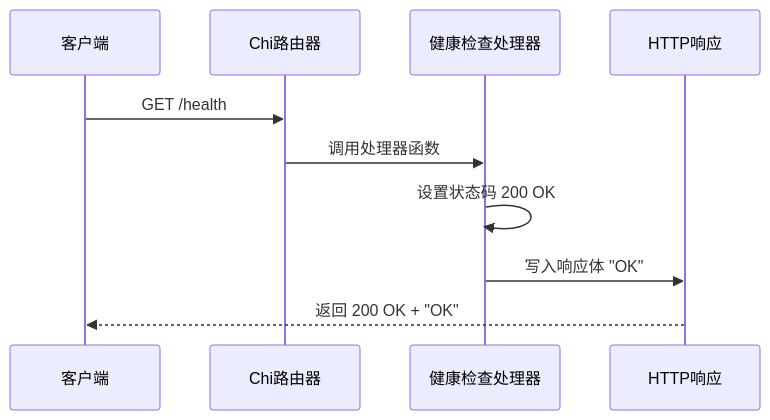
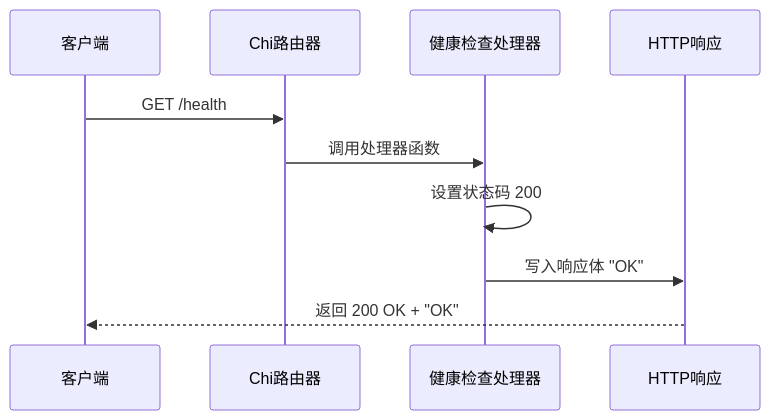
The second of 7 diagrams in .qoder/repowiki/zh/content/API参考/健康检查端点.md (flying1574/S3Proxy4GCS), drawn with Mermaid before and after one commit. The commit also changed other lines of this file and 5 other files, not shown here.

````diff
--- a/.qoder/repowiki/zh/content/API参考/健康检查端点.md
+++ b/.qoder/repowiki/zh/content/API参考/健康检查端点.md
@@ -71,12 +84,12 @@
 ```mermaid
 sequenceDiagram
 participant Client as 客户端
 participant Router as Chi路由器
-participant Handler as 健康检查处理器
+participant HealthHandler as 健康检查处理器
 participant Response as HTTP响应
 Client->>Router : GET /health
-Router->>Handler : 调用处理器函数
-Handler->>Handler : 设置状态码 200 OK
-Handler->>Response : 写入响应体 "OK"
+Router->>HealthHandler : 调用处理器函数
+HealthHandler->>HealthHandler : 设置状态码 200
+HealthHandler->>Response : 写入响应体 "OK"
 Response-->>Client : 返回 200 OK + "OK"
 ```
````
